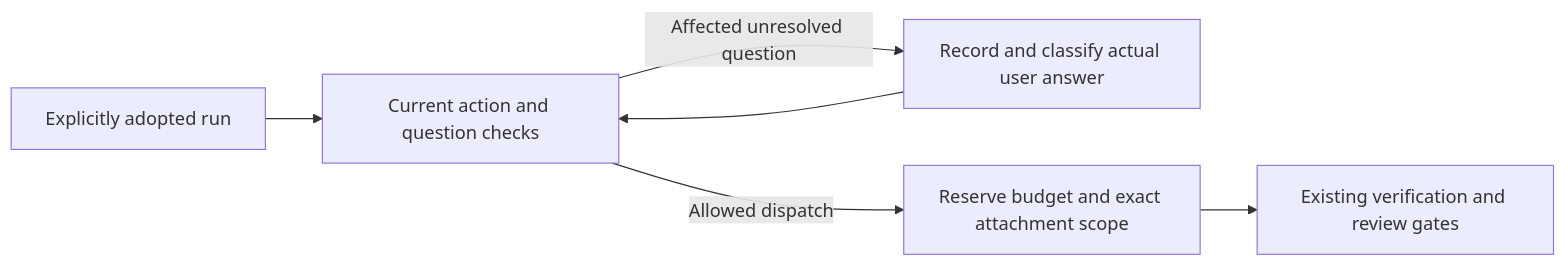
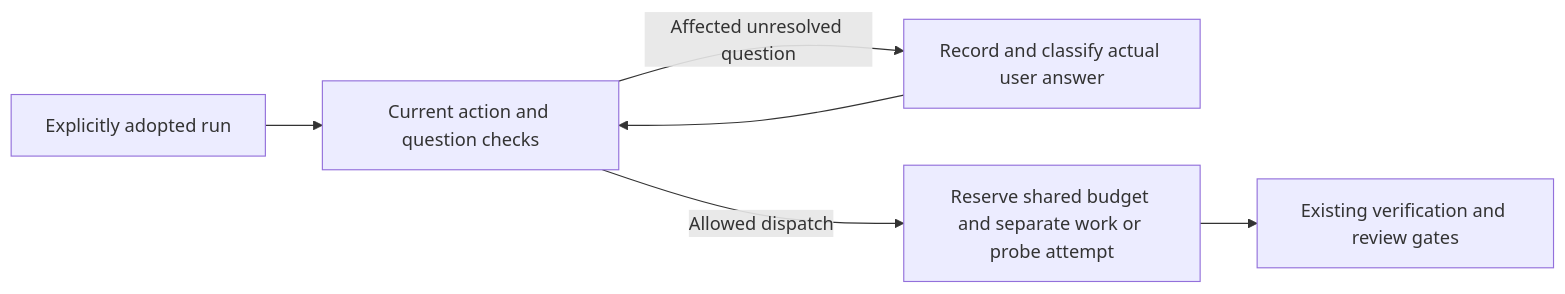
The fourth of 4 diagrams in skills/workflow/GUIDE.md (wgentil/devflow), drawn with Mermaid before and after one commit. The commit also changed other lines of this file and 45 other files, not shown here.

````diff
--- a/skills/workflow/GUIDE.md
+++ b/skills/workflow/GUIDE.md
@@ -461,8 +463,8 @@
 ```mermaid
 flowchart LR
     Adopt[Explicitly adopted run] --> Check[Current action and question checks]
     Check -->|Affected unresolved question| Ask[Record and classify actual user answer]
     Ask --> Check
-    Check -->|Allowed dispatch| Reserve[Reserve budget and exact attachment scope]
+    Check -->|Allowed dispatch| Reserve[Reserve shared budget and separate work or probe attempt]
     Reserve --> Existing[Existing verification and review gates]
 ```
````
